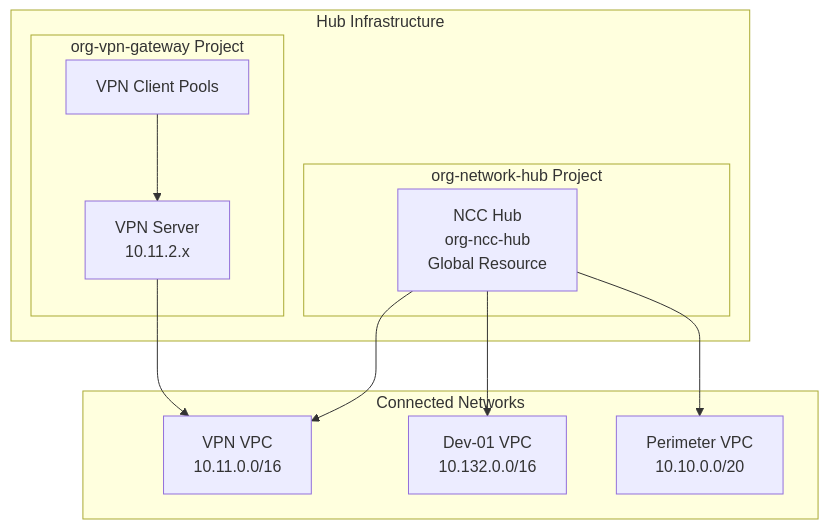
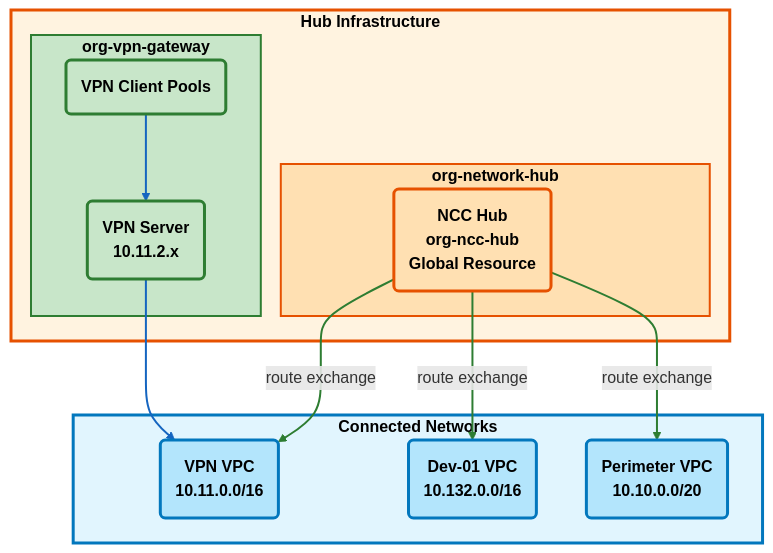
One commit to spolspol/terragrunt-gcp-org-automation changed the diagram in docs/NCC_AND_VPN_GATEWAY.md. Above: the diagram before and after it, drawn with Mermaid. The commit also changed other lines of this file and 36 other files, not shown here.

````diff
--- a/docs/NCC_AND_VPN_GATEWAY.md
+++ b/docs/NCC_AND_VPN_GATEWAY.md
@@ -57,26 +18,41 @@
 ```mermaid
-graph TB
-    subgraph "Hub Infrastructure"
-        subgraph "org-network-hub Project"
-            NCCHub["NCC Hub<br/>org-ncc-hub<br/>Global Resource"]
+flowchart TB
+    subgraph HUB["<b>Hub Infrastructure</b>"]
+        subgraph NH["<b>org-network-hub</b>"]
+            NCCHub("<b>NCC Hub</b><br/>org-ncc-hub<br/>Global Resource")
         end
-
-        subgraph "org-vpn-gateway Project"
-            VPNGateway["VPN Server<br/>10.11.2.x"]
-            VPNPools["VPN Client Pools"]
+        subgraph VG["<b>org-vpn-gateway</b>"]
+            VPNServer("<b>VPN Server</b><br/>10.11.2.x")
+            VPNPools("<b>VPN Client Pools</b>")
         end
     end
 
-    subgraph "Connected Networks"
-        VPNSpoke["VPN VPC<br/>10.11.0.0/16"]
-        DevSpoke["Dev-01 VPC<br/>10.132.0.0/16"]
-        DMZSpoke["Perimeter VPC<br/>10.10.0.0/20"]
+    subgraph SPOKES["<b>Connected Networks</b>"]
+        VPNSpoke("<b>VPN VPC</b><br/>10.11.0.0/16")
+        DevSpoke("<b>Dev-01 VPC</b><br/>10.132.0.0/16")
+        PerimSpoke("<b>Perimeter VPC</b><br/>10.10.0.0/20")
     end
 
-    NCCHub --> VPNSpoke
-    NCCHub --> DevSpoke
-    NCCHub --> DMZSpoke
+    NCCHub -->|"route exchange"| VPNSpoke
+    NCCHub -->|"route exchange"| DevSpoke
+    NCCHub -->|"route exchange"| PerimSpoke
 
-    VPNGateway --> VPNSpoke
-    VPNPools --> VPNGateway
+    VPNServer --> VPNSpoke
+    VPNPools --> VPNServer
+
+    classDef hub fill:#ffe0b2,stroke:#e65100,stroke-width:3px,font-weight:bold,color:#000
+    classDef network fill:#b3e5fc,stroke:#0277bd,stroke-width:3px,font-weight:bold,color:#000
+    classDef compute fill:#c8e6c9,stroke:#2e7d32,stroke-width:3px,font-weight:bold,color:#000
+
+    class NCCHub hub
+    class VPNSpoke,DevSpoke,PerimSpoke network
+    class VPNServer,VPNPools compute
+
+    style HUB fill:#fff3e0,stroke:#e65100,stroke-width:3px,color:#000
+    style NH fill:#ffe0b2,stroke:#e65100,stroke-width:2px,color:#000
+    style VG fill:#c8e6c9,stroke:#2e7d32,stroke-width:2px,color:#000
+    style SPOKES fill:#e1f5fe,stroke:#0277bd,stroke-width:3px,color:#000
+
+    linkStyle 0,1,2 stroke:#2e7d32,stroke-width:2px
+    linkStyle 3,4 stroke:#1565c0,stroke-width:2px
 ```
````
